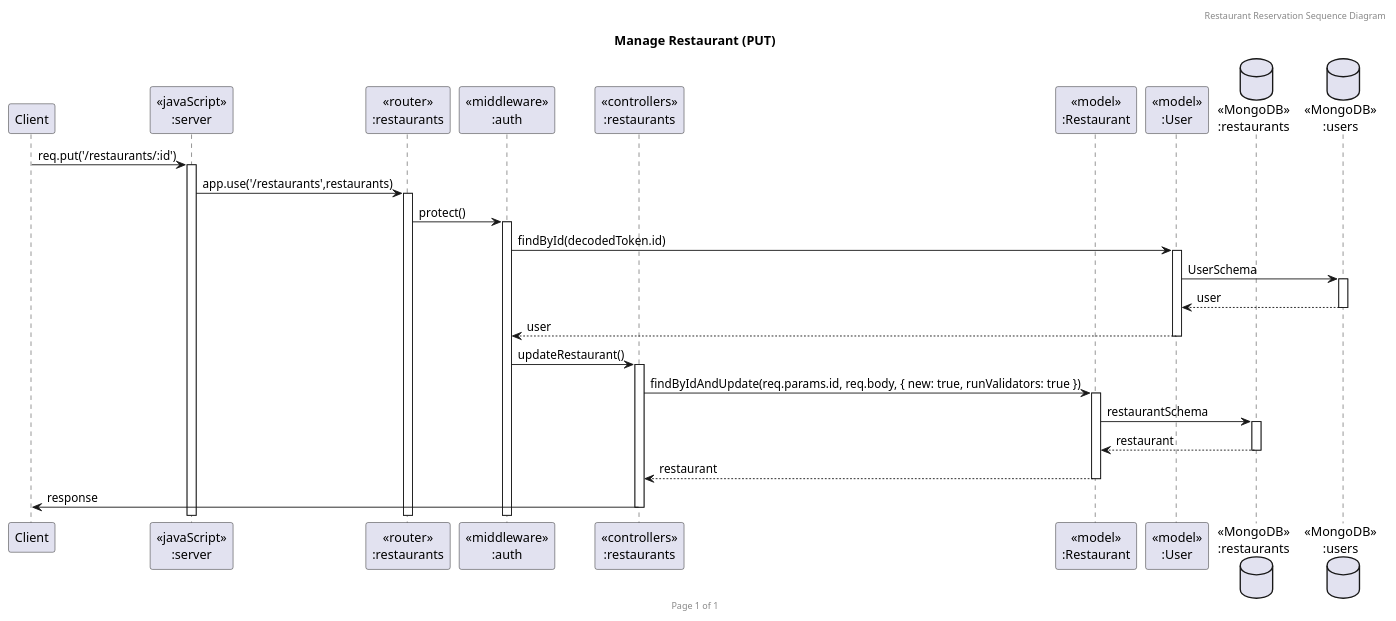
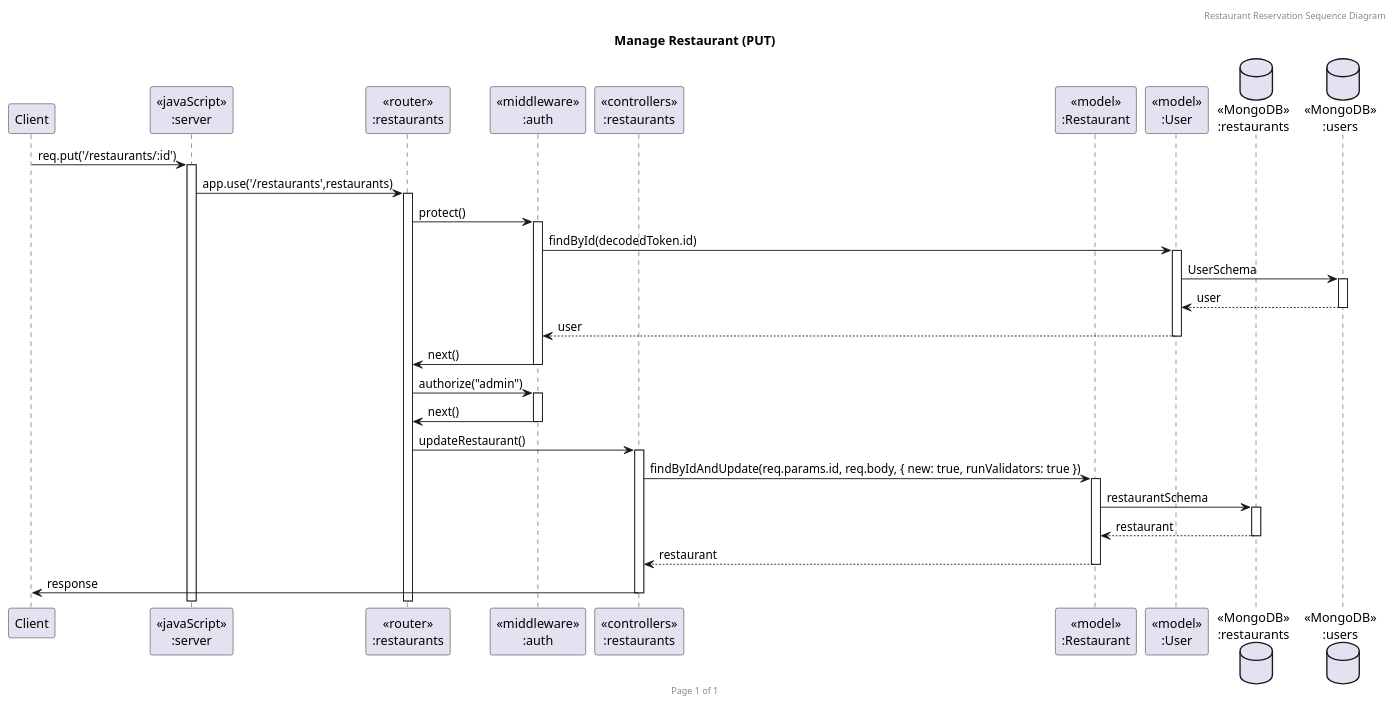
Before and after one commit to Prince-in-the-wood/sw-dev-term-project: the diagram in doc/sequence-diagrams/restaurant/update-restaurant.puml, drawn with PlantUML. The commit also changed 9 other files, not shown here.

Commit message:
docs: Add missing seq in diagram

```diff
--- a/doc/sequence-diagrams/restaurant/update-restaurant.puml
+++ b/doc/sequence-diagrams/restaurant/update-restaurant.puml
@@ -1,32 +1,35 @@
 @startuml Manage Restaurant (PUT)
 
 header Restaurant Reservation Sequence Diagram
 footer Page %page% of %lastpage%
 title "Manage Restaurant (PUT)"
 
 participant "Client" as client
 participant "<<javaScript>>\n:server" as server
 participant "<<router>>\n:restaurants" as routerRestaurants
 participant "<<middleware>>\n:auth" as middlewareAuth
 participant "<<controllers>>\n:restaurants" as controllersRestaurants
 participant "<<model>>\n:Restaurant" as modelRestaurant
 participant "<<model>>\n:User" as modelUser
 database "<<MongoDB>>\n:restaurants" as RestaurantsDatabase
 database "<<MongoDB>>\n:users" as UsersDatabase
 
 ' PUT
 client->server ++:req.put('/restaurants/:id')
 server->routerRestaurants ++:app.use('/restaurants',restaurants)
 routerRestaurants -> middlewareAuth ++:protect()
 middlewareAuth -> modelUser ++:findById(decodedToken.id)
 modelUser -> UsersDatabase ++:UserSchema
 UsersDatabase --> modelUser --:user
 modelUser --> middlewareAuth --:user
-middlewareAuth -> controllersRestaurants ++:updateRestaurant()
+middlewareAuth -> routerRestaurants --:next()
+routerRestaurants -> middlewareAuth ++:authorize("admin")
+middlewareAuth -> routerRestaurants --:next()
+routerRestaurants -> controllersRestaurants ++:updateRestaurant()
 controllersRestaurants -> modelRestaurant ++:findByIdAndUpdate(req.params.id, req.body, { new: true, runValidators: true })
 modelRestaurant -> RestaurantsDatabase ++:restaurantSchema 
 RestaurantsDatabase --> modelRestaurant --:restaurant
 controllersRestaurants <-- modelRestaurant --:restaurant
 controllersRestaurants -> client --:response
 
 @enduml
```
